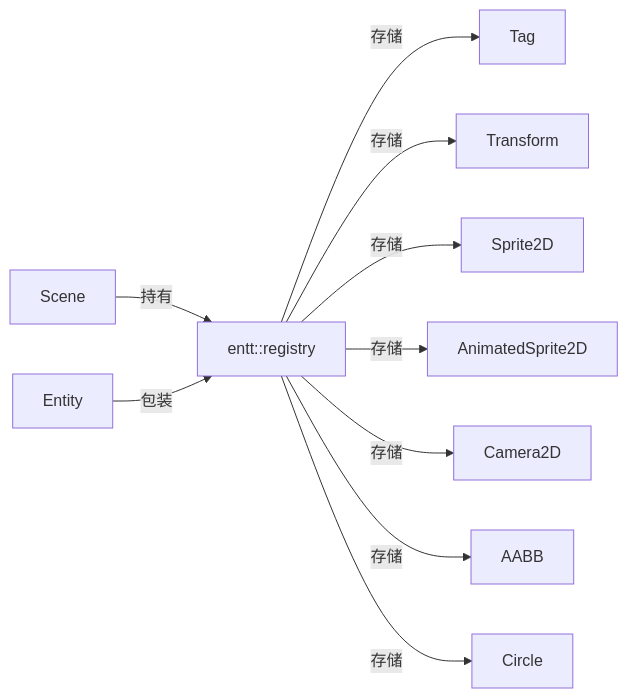
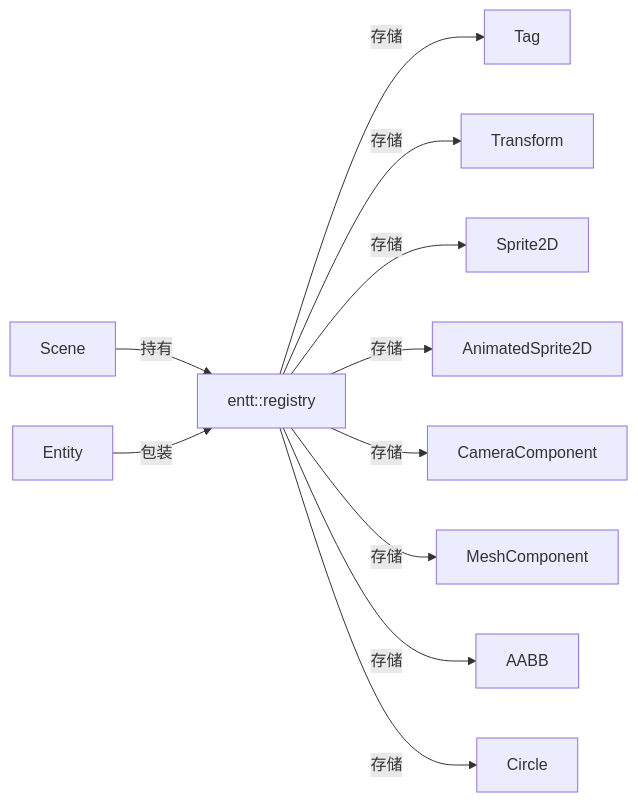
One commit to MiaoHN/MEngine changed the diagram in docs/scene.md. Above: the diagram before and after it, drawn with Mermaid. The commit also changed other lines of this file and 14 other files, not shown here.

````diff
--- a/docs/scene.md
+++ b/docs/scene.md
@@ -13,12 +13,13 @@
 ```mermaid
 graph LR
     Scene["Scene"] -->|持有| Registry["entt::registry"]
     Registry -->|存储| C1[Tag]
     Registry -->|存储| C2[Transform]
     Registry -->|存储| C3[Sprite2D]
     Registry -->|存储| C4[AnimatedSprite2D]
-    Registry -->|存储| C5[Camera2D]
-    Registry -->|存储| C6[AABB]
-    Registry -->|存储| C7[Circle]
+    Registry -->|存储| C5[CameraComponent]
+    Registry -->|存储| C6[MeshComponent]
+    Registry -->|存储| C7[AABB]
+    Registry -->|存储| C8[Circle]
     Entity -->|包装| Registry
 ```
````
